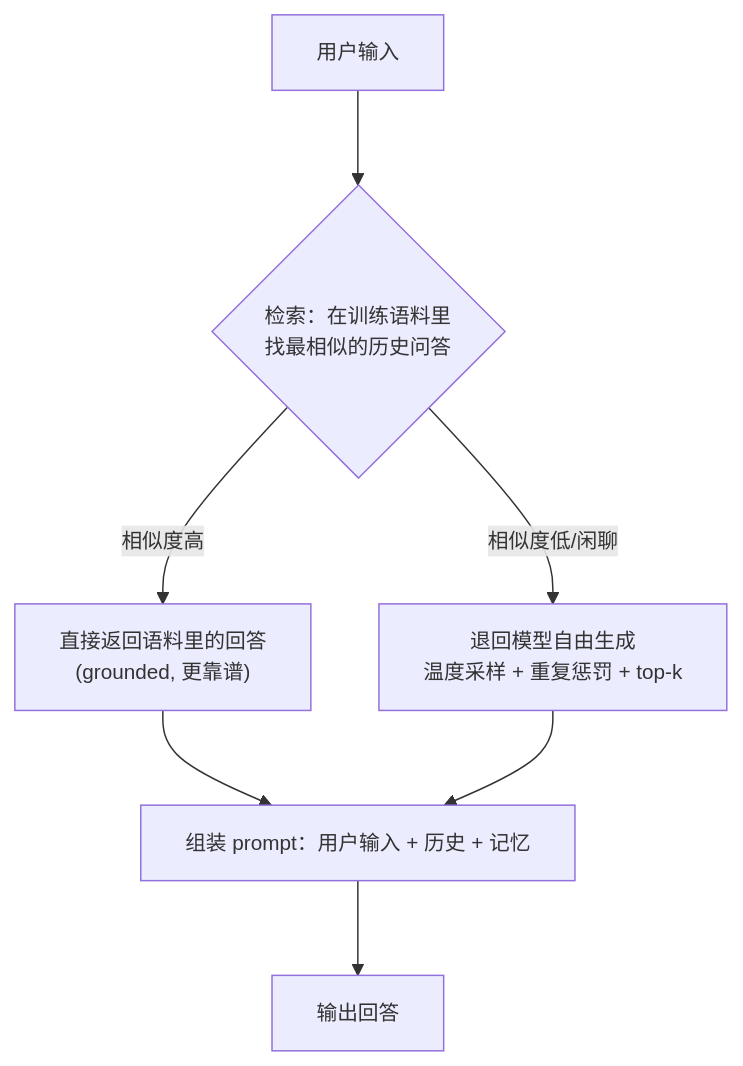
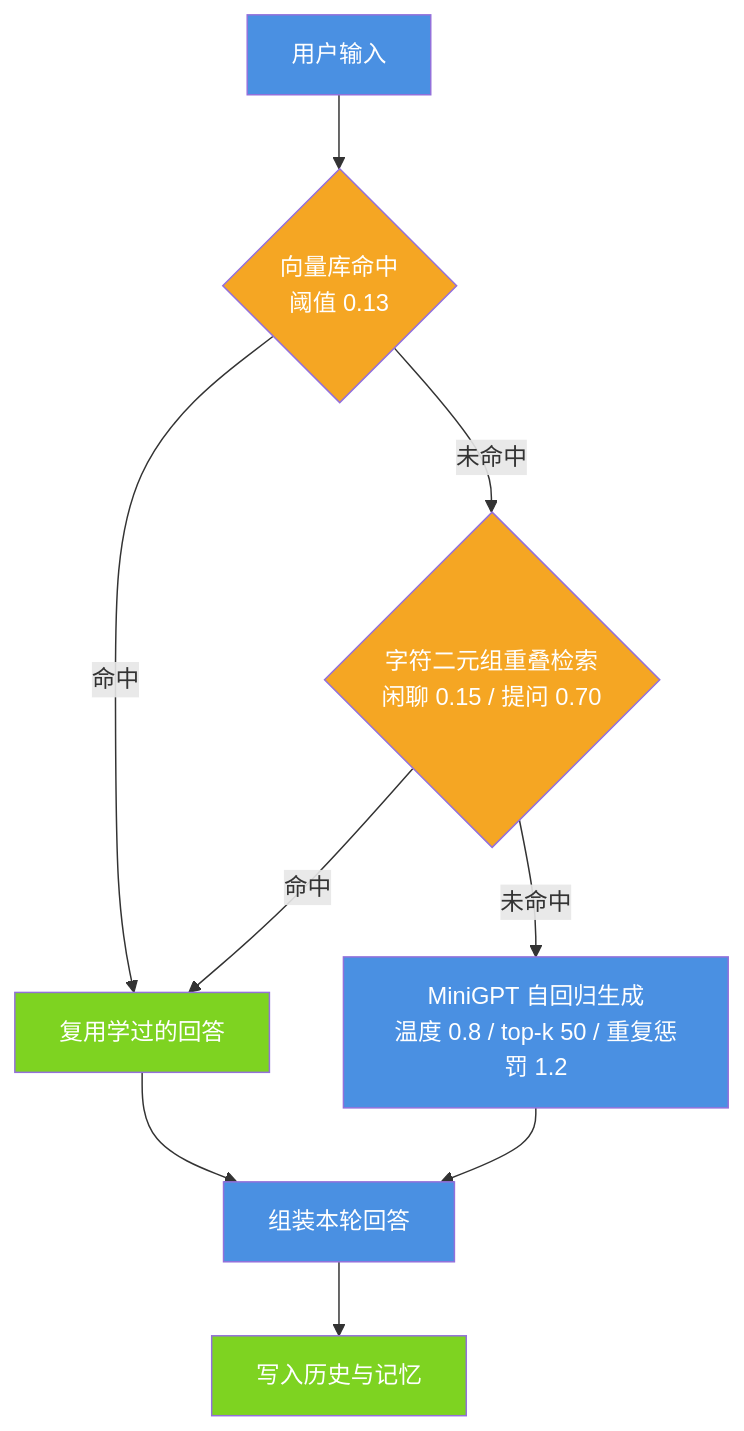
The fifth of 5 diagrams in docs/xiaojiao_model.md (jiangchuangege/xiaojiao-harnees), drawn with Mermaid before and after one commit. The commit also changed other lines of this file and 51 other files, not shown here.

````diff
--- a/docs/xiaojiao_model.md
+++ b/docs/xiaojiao_model.md
@@ -120,10 +302,18 @@
 ```mermaid
-%%{init: {"themeVariables": {"fontSize": "14px"}, "flowchart": {"htmlLabels": true, "wrappingWidth": 320, "nodeSpacing": 46, "rankSpacing": 64, "useMaxWidth": true}}}%%
-flowchart TD
-    Q["用户输入"] --> R{"检索：在训练语料里<br/>找最相似的历史问答"}
-    R -- "相似度高" --> H["直接返回语料里的回答<br/>(grounded, 更靠谱)"]
-    R -- "相似度低/闲聊" --> G["退回模型自由生成<br/>温度采样 + 重复惩罚 + top-k"]
-    H --> O["组装 prompt：用户输入 + 历史 + 记忆"]
-    G --> O
-    O --> P["输出回答"]
+flowchart TB
+    Q["用户输入"] --> R{"向量库命中<br/>阈值 0.13"}
+    R -- "命中" --> H["复用学过的回答"]
+    R -- "未命中" --> R2{"字符二元组重叠检索<br/>闲聊 0.15 / 提问 0.70"}
+    R2 -- "命中" --> H
+    R2 -- "未命中" --> G["MiniGPT 自回归生成<br/>温度 0.8 / top-k 50 / 重复惩罚 1.2"]
+    G --> O["组装本轮回答"]
+    H --> O
+    O --> P["写入历史与记忆"]
+    style Q fill:#4A90E2,color:#fff
+    style R fill:#F5A623,color:#fff
+    style R2 fill:#F5A623,color:#fff
+    style H fill:#7ED321,color:#fff
+    style G fill:#4A90E2,color:#fff
+    style O fill:#4A90E2,color:#fff
+    style P fill:#7ED321,color:#fff
 ```
````
